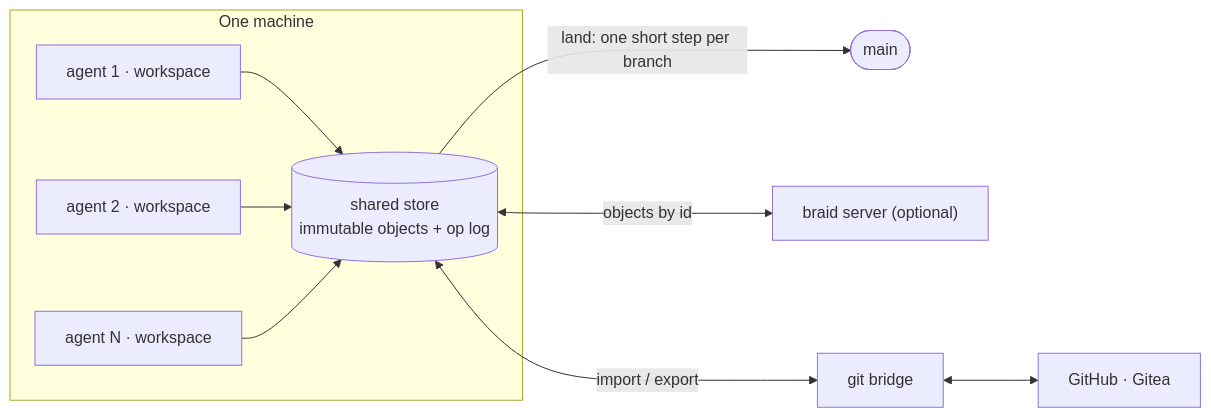
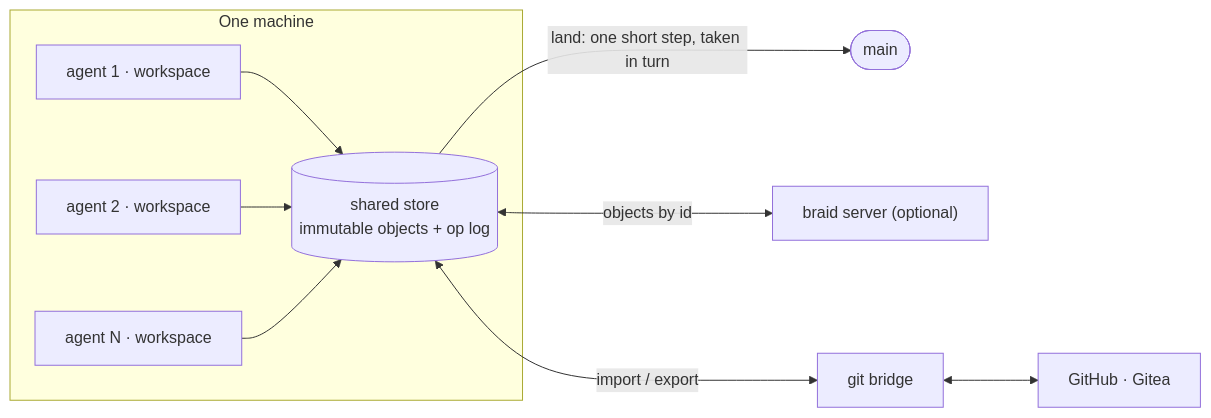
One commit to KikoCis/elffuss-braid changed the diagram in README.md. Above: the diagram before and after it, drawn with Mermaid. The commit also changed other lines of this file, not shown here.

````diff
--- a/README.md
+++ b/README.md
@@ -61,13 +61,13 @@
 ```mermaid
 flowchart LR
     subgraph machine["One machine"]
         A1["agent 1 · workspace"] --> ST
         A2["agent 2 · workspace"] --> ST
         A3["agent N · workspace"] --> ST
         ST[("shared store<br/>immutable objects + op log")]
     end
-    ST -- "land: one short step per branch" --> MAIN(["main"])
+    ST -- "land: one short step, taken in turn" --> MAIN(["main"])
     ST <-- "objects by id" --> SRV["braid server (optional)"]
     ST <-- "import / export" --> GIT["git bridge"]
     GIT <--> GH["GitHub · Gitea"]
 ```
````
